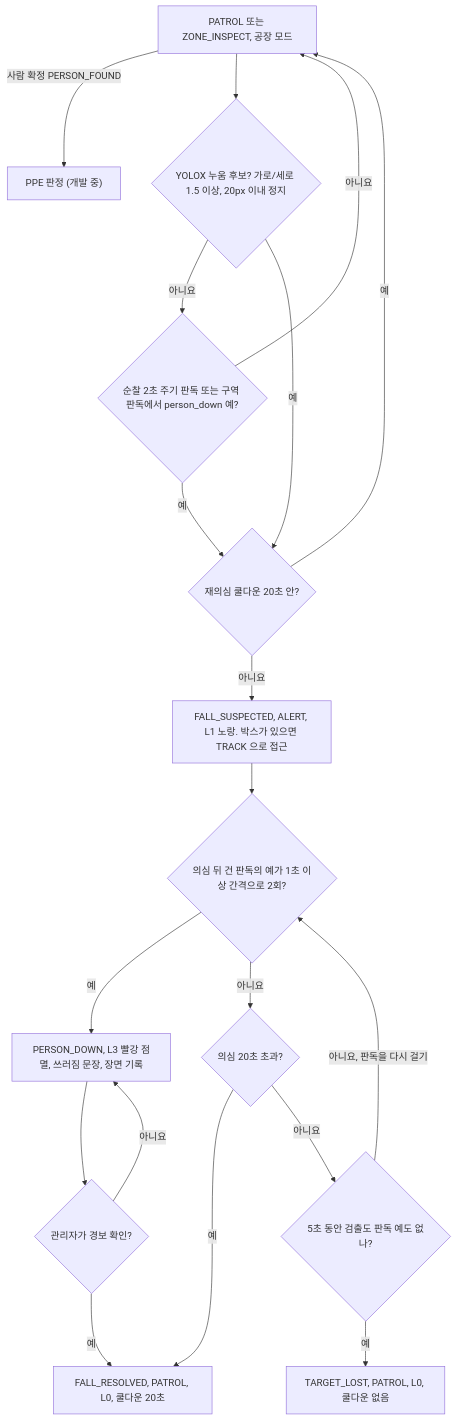
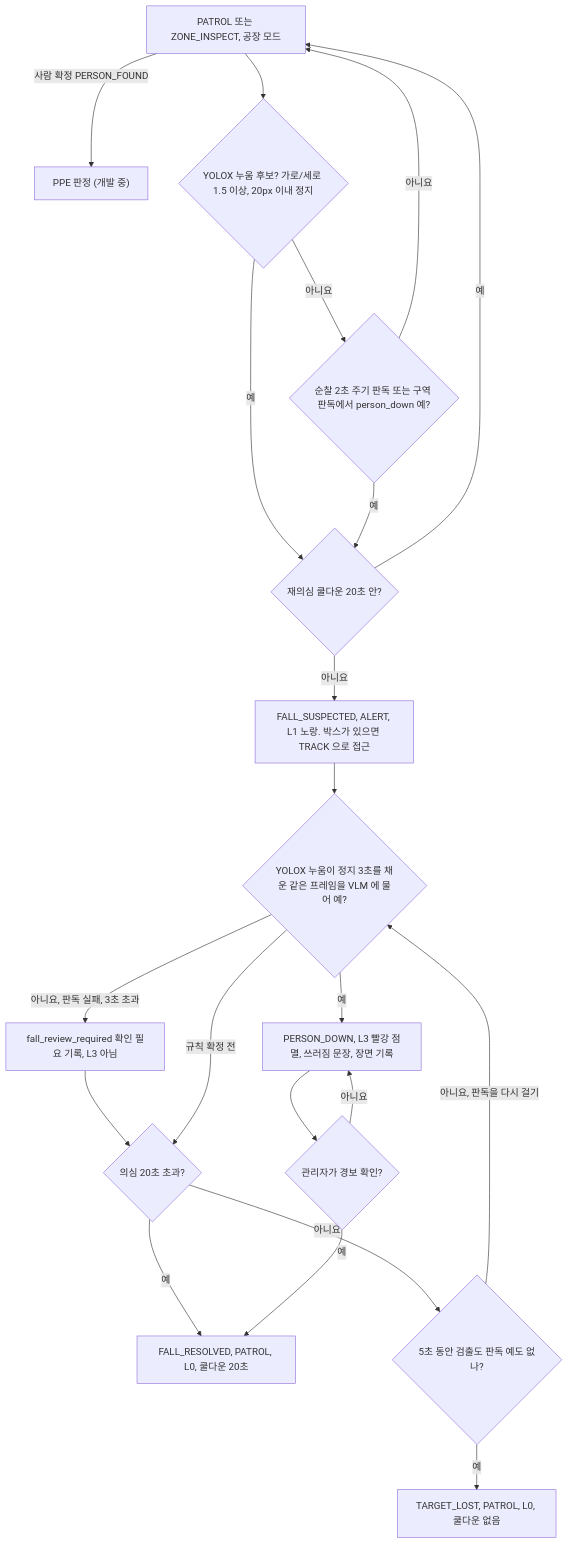
One commit to PJW-1/mechadog changed the diagram in docs/features/factory-fall.md. Above: the diagram before and after it, drawn with Mermaid. The commit also changed other lines of this file and 10 other files, not shown here.

````diff
--- a/docs/features/factory-fall.md
+++ b/docs/features/factory-fall.md
@@ -8,21 +8,23 @@
 ```mermaid
 flowchart TD
   A["PATROL 또는 ZONE_INSPECT, 공장 모드"] -->|사람 확정 PERSON_FOUND| PPE["PPE 판정 (개발 중)"]
   A --> B{"YOLOX 누움 후보? 가로/세로 1.5 이상, 20px 이내 정지"}
   B -->|아니요| C{"순찰 2초 주기 판독 또는 구역 판독에서 person_down 예?"}
   C -->|아니요| A
   B -->|예| CD{"재의심 쿨다운 20초 안?"}
   C -->|예| CD
   CD -->|예| A
   CD -->|아니요| S["FALL_SUSPECTED, ALERT, L1 노랑. 박스가 있으면 TRACK 으로 접근"]
-  S --> R{"의심 뒤 건 판독의 예가 1초 이상 간격으로 2회?"}
+  S --> R{"YOLOX 누움이 정지 3초를 채운 같은 프레임을 VLM 에 물어 예?"}
   R -->|예| PD["PERSON_DOWN, L3 빨강 점멸, 쓰러짐 문장, 장면 기록"]
-  R -->|아니요| T{"의심 20초 초과?"}
+  R -->|아니요, 판독 실패, 3초 초과| RV["fall_review_required 확인 필요 기록, L3 아님"]
+  RV --> T
+  R -->|규칙 확정 전| T{"의심 20초 초과?"}
   T -->|예| RES["FALL_RESOLVED, PATROL, L0, 쿨다운 20초"]
   T -->|아니요| U{"5초 동안 검출도 판독 예도 없나?"}
   U -->|예| END["TARGET_LOST, PATROL, L0, 쿨다운 없음"]
   U -->|아니요, 판독을 다시 걸기| R
   PD --> M{"관리자가 경보 확인?"}
   M -->|예| RES
   M -->|아니요| PD
 ```
````
